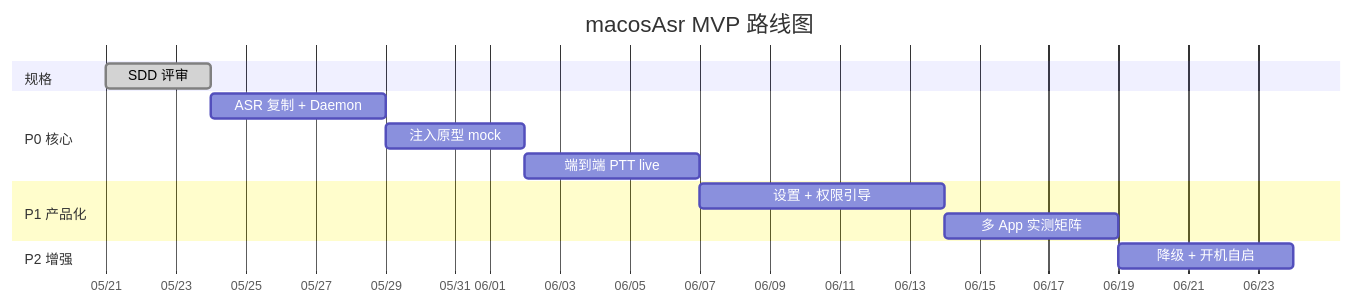
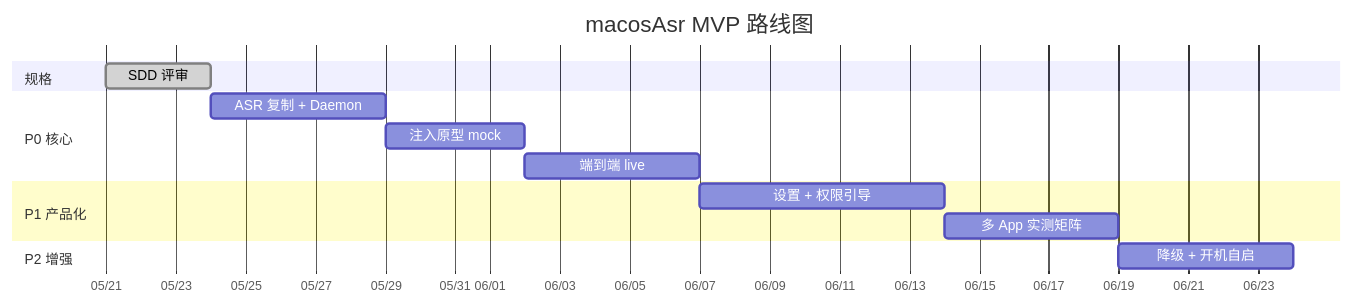
Before and after one commit to JackweiStud/macosAsr: the sixth of 7 diagrams in docs/SDD/02-PRD产品需求文档.md, drawn with Mermaid. The commit also changed other lines of this file and 3 other files, not shown here.

````diff
--- a/docs/SDD/02-PRD产品需求文档.md
+++ b/docs/SDD/02-PRD产品需求文档.md
@@ -292,21 +293,21 @@
 ```mermaid
 gantt
     title macosAsr MVP 路线图
     dateFormat YYYY-MM-DD
     axisFormat %m/%d
 
     section 规格
     SDD 评审           :done, sdd, 2026-05-21, 3d
 
     section P0 核心
     ASR 复制 + Daemon  :p0a, after sdd, 5d
     注入原型 mock        :p0b, after p0a, 4d
-    端到端 PTT live      :p0c, after p0b, 5d
+    端到端 live          :p0c, after p0b, 5d
 
     section P1 产品化
     设置 + 权限引导      :p1, after p0c, 7d
     多 App 实测矩阵      :p1b, after p1, 5d
 
     section P2 增强
     降级 + 开机自启      :p2, after p1b, 5d
 ```
````
